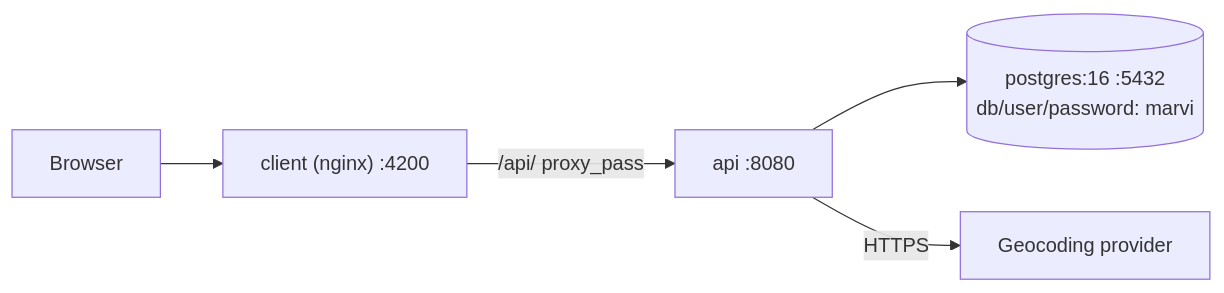
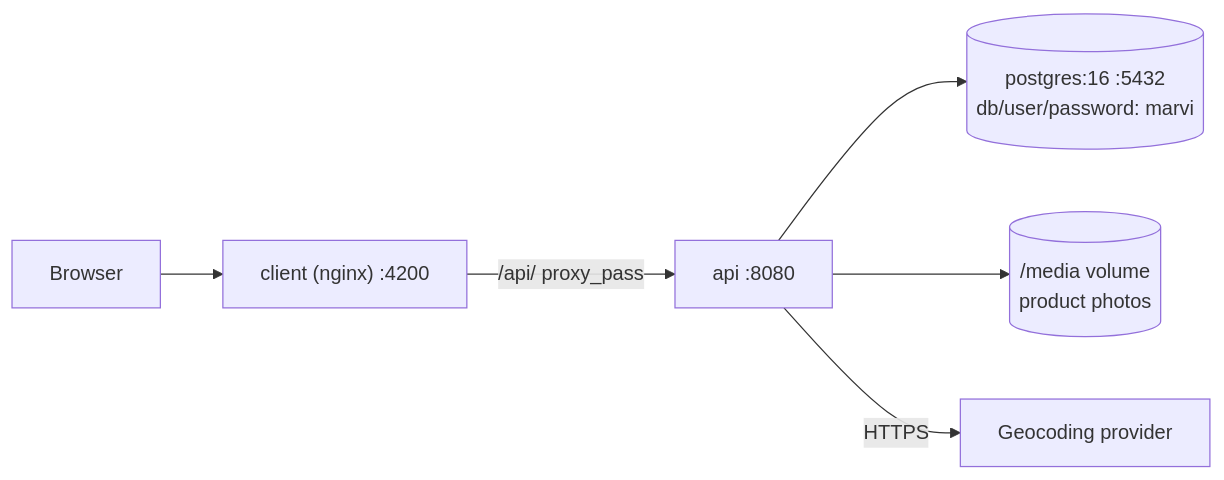
Before and after one commit to GucciVanin/MarviWebsite: diagram 12 of 12 in architecture.md, drawn with Mermaid. The commit also changed other lines of this file and 98 other files, not shown here.

````diff
--- a/architecture.md
+++ b/architecture.md
@@ -562,7 +572,8 @@
 ```mermaid
 flowchart LR
     Browser --> Nginx["client (nginx) :4200"]
     Nginx -- "/api/ proxy_pass" --> Api["api :8080"]
     Api --> Pg[("postgres:16 :5432<br/>db/user/password: marvi")]
+    Api --> Media[("/media volume<br/>product photos")]
     Api -- HTTPS --> Geo["Geocoding provider"]
 ```
````
